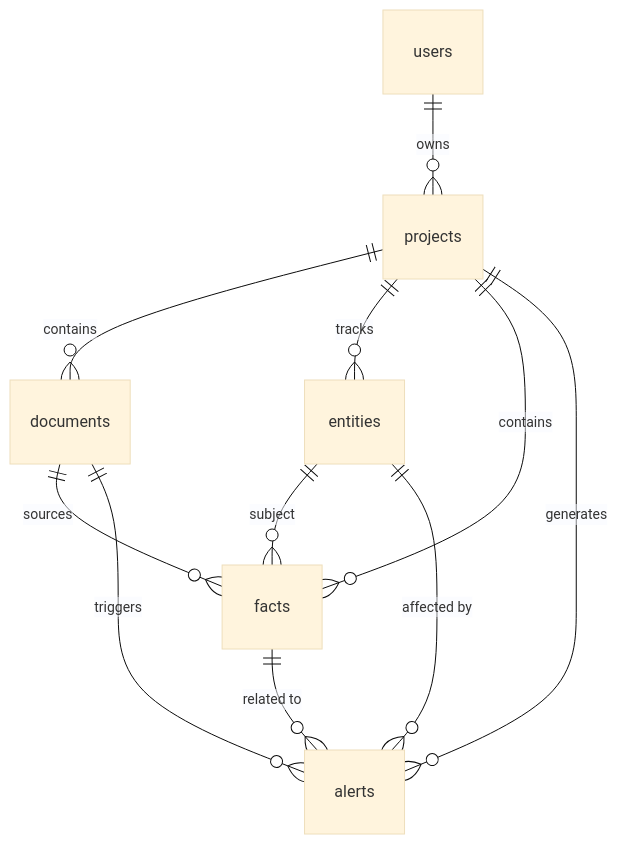
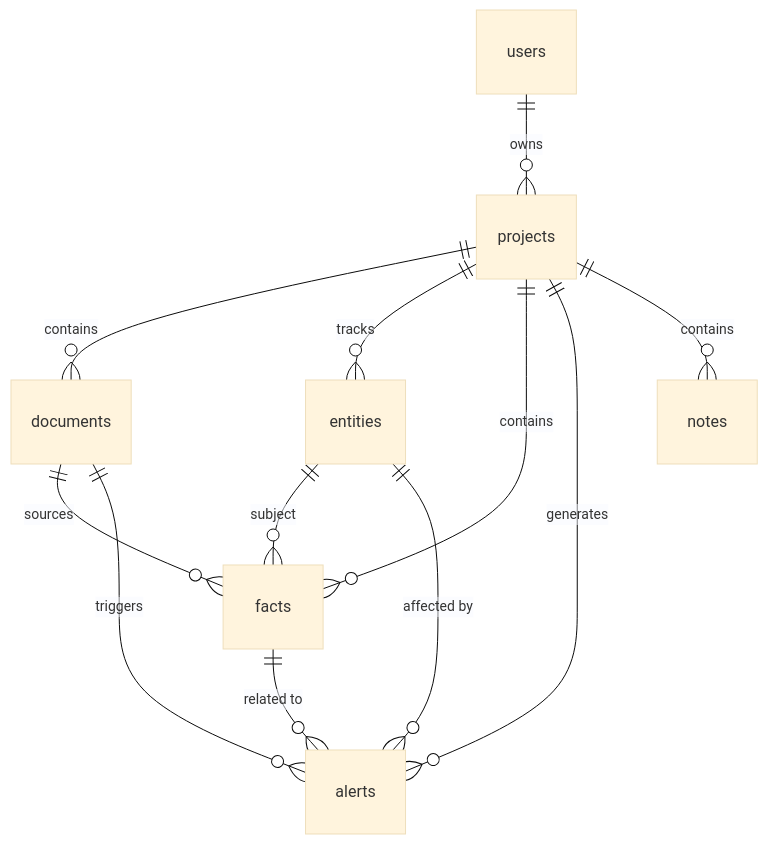
Before and after one commit to aileks/realm-sync: the diagram in docs/SCHEMA.md, drawn with Mermaid (base theme). The commit also changed other lines of this file and 20 other files, not shown here.

````diff
--- a/docs/SCHEMA.md
+++ b/docs/SCHEMA.md
@@ -18,13 +18,14 @@
 ```mermaid
 erDiagram
     users ||--o{ projects : owns
     projects ||--o{ documents : contains
     projects ||--o{ entities : tracks
     projects ||--o{ facts : contains
     projects ||--o{ alerts : generates
+    projects ||--o{ notes : contains
     documents ||--o{ facts : sources
     documents ||--o{ alerts : triggers
     entities ||--o{ facts : subject
     entities ||--o{ alerts : "affected by"
     facts ||--o{ alerts : "related to"
 ```
````
